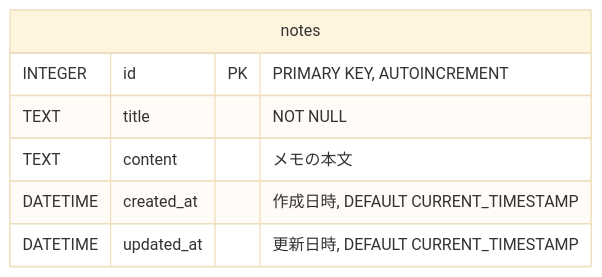
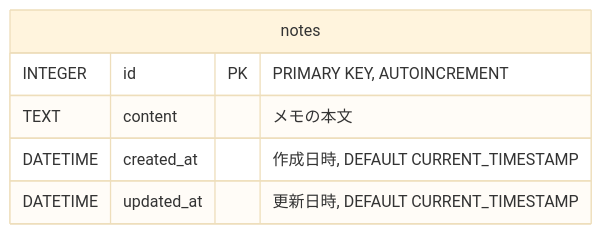
The diagram in PROPOSAL.md (KajiyaManzou/ai-MyNotesG), drawn with Mermaid (base theme) before and after one commit. The commit also changed other lines of this file and 1 other file, not shown here.

````diff
--- a/PROPOSAL.md
+++ b/PROPOSAL.md
@@ -114,10 +114,9 @@
 ```mermaid
 erDiagram
     notes {
         INTEGER id PK "PRIMARY KEY, AUTOINCREMENT"
-        TEXT title "NOT NULL"
         TEXT content "メモの本文"
         DATETIME created_at "作成日時, DEFAULT CURRENT_TIMESTAMP"
         DATETIME updated_at "更新日時, DEFAULT CURRENT_TIMESTAMP"
     }
 ```
````
